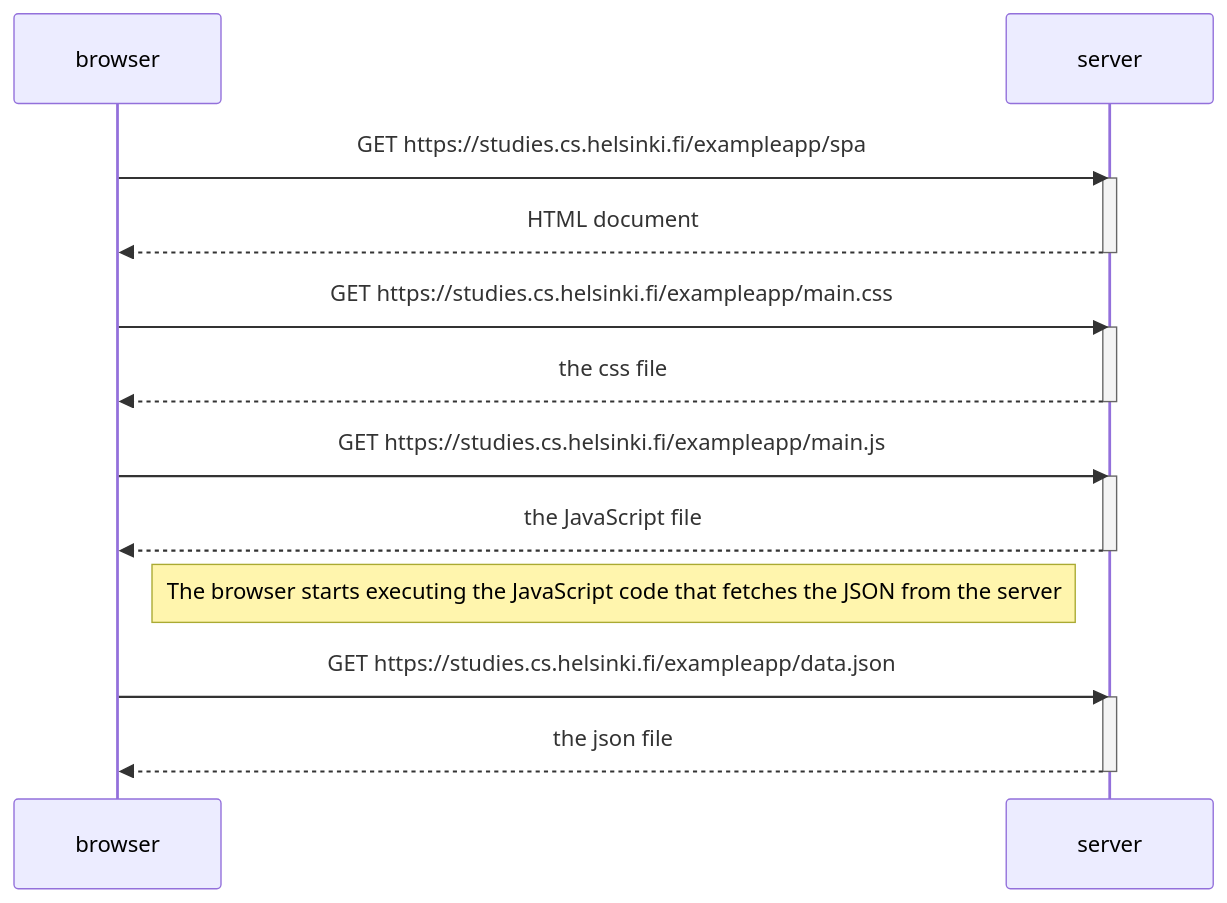
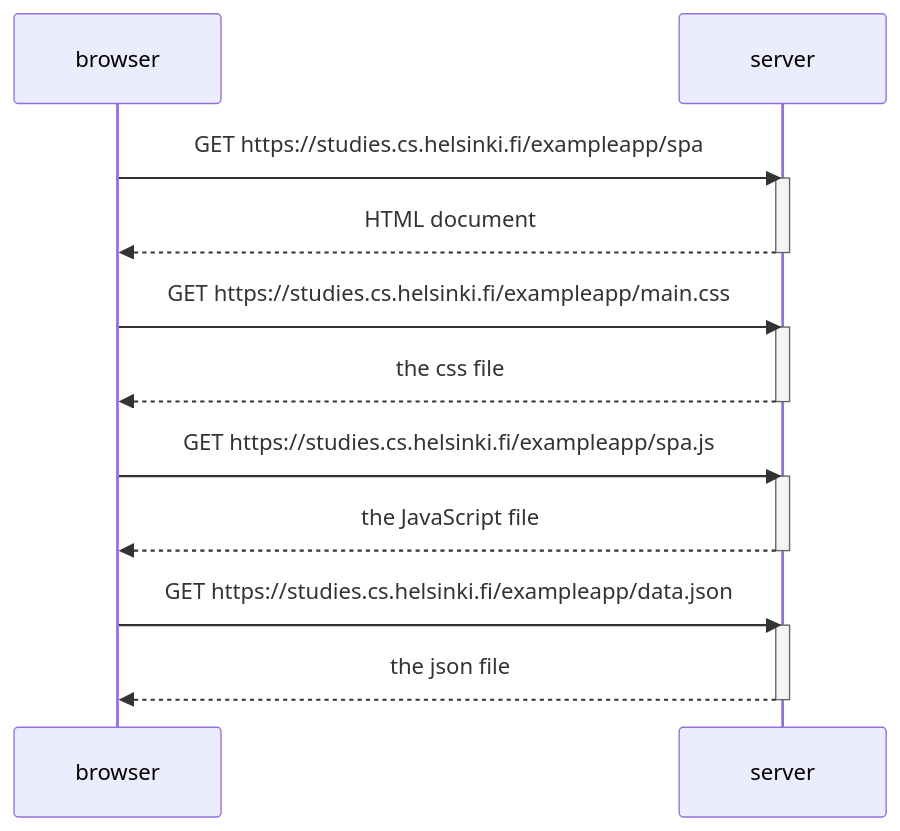
Before and after one commit to kuussant/full-stack-open: the diagram in osa0/tehtava0-5.md, drawn with Mermaid.

````diff
--- a/osa0/tehtava0-5.md
+++ b/osa0/tehtava0-5.md
@@ -1,27 +1,25 @@
 ```mermaid
 sequenceDiagram
   participant browser
   participant server
 
   browser->>server: GET https://studies.cs.helsinki.fi/exampleapp/spa
   activate server
   server-->>browser: HTML document
   deactivate server
 
   browser->>server: GET https://studies.cs.helsinki.fi/exampleapp/main.css
   activate server
   server-->>browser: the css file
   deactivate server
   
-  browser->>server: GET https://studies.cs.helsinki.fi/exampleapp/main.js
+  browser->>server: GET https://studies.cs.helsinki.fi/exampleapp/spa.js
   activate server
   server-->>browser: the JavaScript file
   deactivate server
   
-  Note right of browser: The browser starts executing the JavaScript code that fetches the JSON from the server
-  
   browser->>server: GET https://studies.cs.helsinki.fi/exampleapp/data.json
   activate server
   server-->>browser: the json file
-  deactivate server    
+  deactivate server
 ```
````
